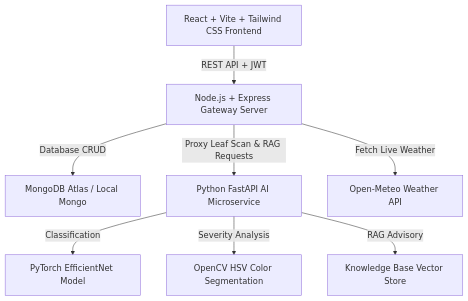
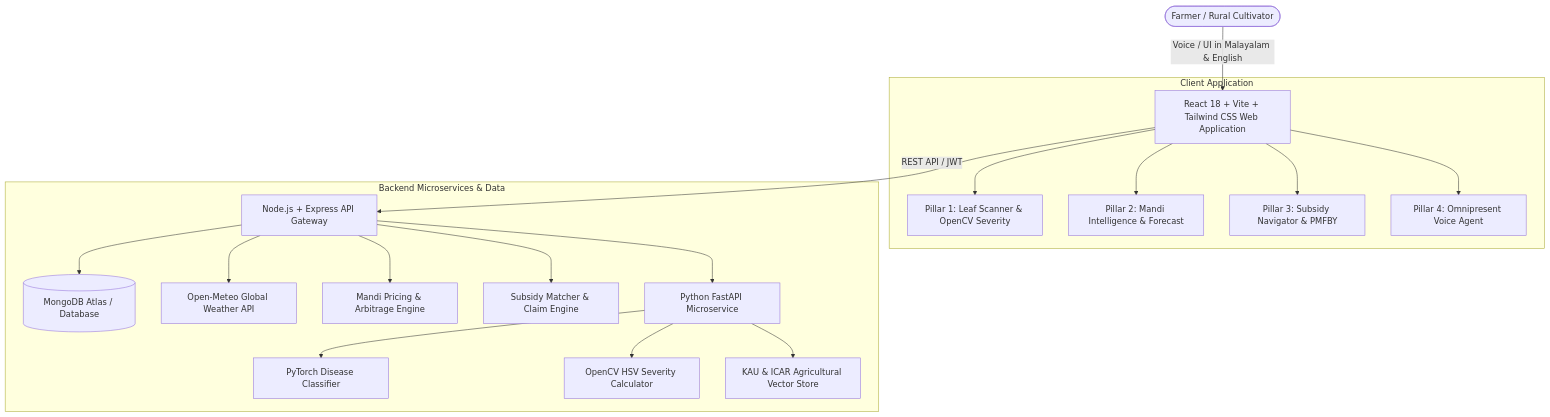
The diagram in README.md (Athul3588krishna/AgriPulse), drawn with Mermaid before and after one commit. The commit also changed other lines of this file and 20 other files, not shown here.

````diff
--- a/README.md
+++ b/README.md
@@ -33,10 +76,24 @@
 ```mermaid
 graph TD
-    A[React + Vite + Tailwind CSS Frontend] -->|REST API + JWT| B[Node.js + Express Gateway Server]
-    B -->|Database CRUD| C[MongoDB Atlas / Local Mongo]
-    B -->|Proxy Leaf Scan & RAG Requests| D[Python FastAPI AI Microservice]
-    B -->|Fetch Live Weather| E[Open-Meteo Weather API]
-    D -->|Classification| F[PyTorch EfficientNet Model]
-    D -->|Severity Analysis| G[OpenCV HSV Color Segmentation]
-    D -->|RAG Advisory| H[Knowledge Base Vector Store]
+    Farmer([Farmer / Rural Cultivator]) -->|Voice / UI in Malayalam & English| Client[React 18 + Vite + Tailwind CSS Web Application]
+
+    subgraph Client Application
+        Client --> P1[Pillar 1: Leaf Scanner & OpenCV Severity]
+        Client --> P2[Pillar 2: Mandi Intelligence & Forecast]
+        Client --> P3[Pillar 3: Subsidy Navigator & PMFBY]
+        Client --> Voice[Pillar 4: Omnipresent Voice Agent]
+    end
+
+    Client -->|REST API / JWT| Gateway[Node.js + Express API Gateway]
+
+    subgraph Backend Microservices & Data
+        Gateway --> Mongo[(MongoDB Atlas / Database)]
+        Gateway --> Weather[Open-Meteo Global Weather API]
+        Gateway --> MandiEng[Mandi Pricing & Arbitrage Engine]
+        Gateway --> SubsidyEng[Subsidy Matcher & Claim Engine]
+        Gateway --> FastAIService[Python FastAPI Microservice]
+        FastAIService --> Model[PyTorch Disease Classifier]
+        FastAIService --> CV[OpenCV HSV Severity Calculator]
+        FastAIService --> RAG[KAU & ICAR Agricultural Vector Store]
+    end
 ```
````
